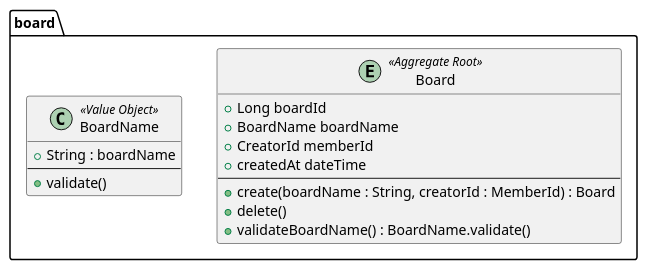
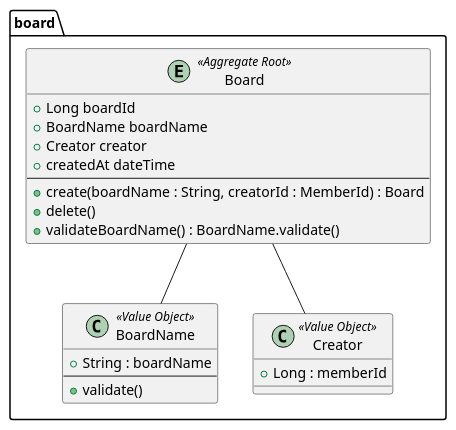
The diagram in document/puml/domain/boardcontext/boardAggregate.puml (SimpleBoardTeam/simpleBoard-server), drawn with PlantUML before and after one commit. The commit also changed 3 other files, not shown here.

Commit message:
docs(digram): board 생성/삭제/조회 이벤트 다이어그램 추가 및 boardAggregate.puml 수정

```diff
--- a/document/puml/domain/boardcontext/boardAggregate.puml
+++ b/document/puml/domain/boardcontext/boardAggregate.puml
@@ -1,20 +1,27 @@
 @startuml
 package "board" {
     entity Board <<Aggregate Root>> {
         +Long boardId
         +BoardName boardName
-        +CreatorId memberId
+        +Creator creator
         +createdAt dateTime
         --
         +create(boardName : String, creatorId : MemberId) : Board
         +delete()
         +validateBoardName() : BoardName.validate()
     }
+
     'VO
     class BoardName <<Value Object>> {
         +String : boardName
         --
         +validate()
      }
+    class Creator <<Value Object>> {
+        +Long : memberId
+     }
+     
+     Board -- BoardName
+     Board -- Creator
 }
 @enduml
```
